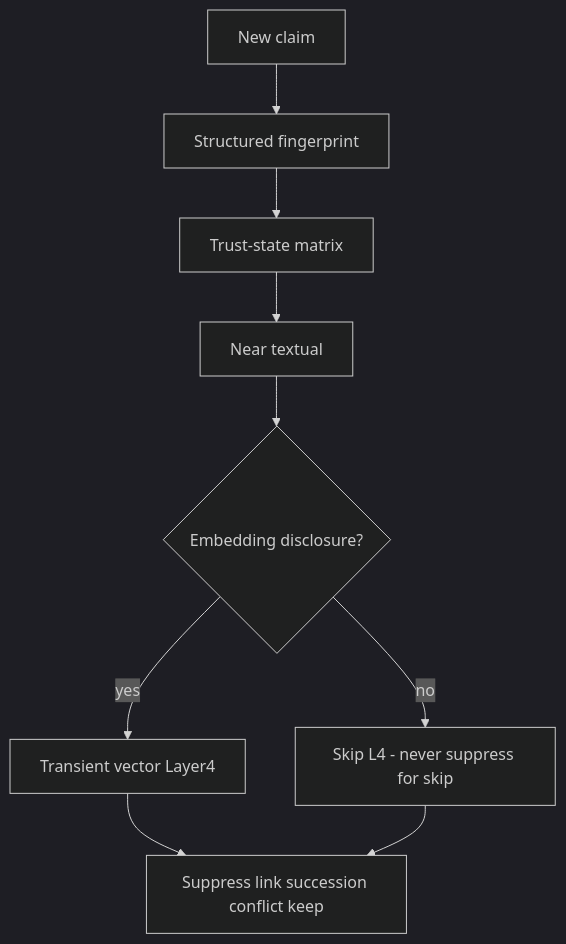
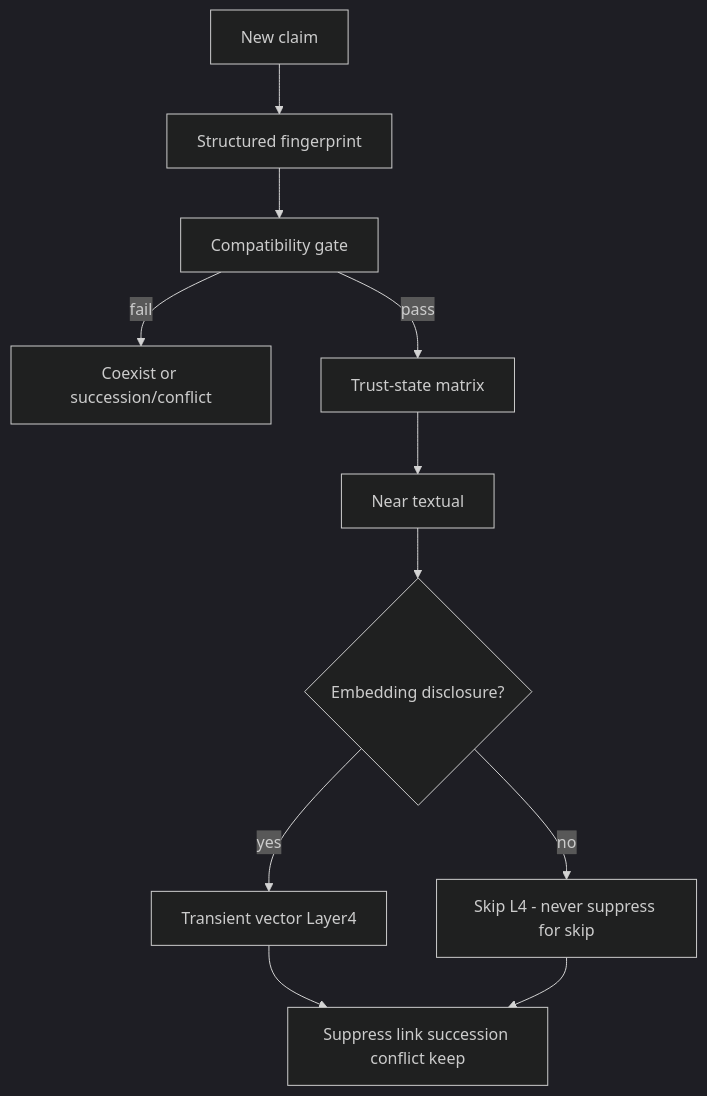
One commit to NicolVii/ContextVault changed the seventh of 12 diagrams in docs/memory-system/10-memory-processing-design.md. Above: the diagram before and after it, drawn with Mermaid (dark theme). The commit also changed other lines of this file, not shown here.

````diff
--- a/docs/memory-system/10-memory-processing-design.md
+++ b/docs/memory-system/10-memory-processing-design.md
@@ -1236,11 +2091,13 @@
 ```mermaid
 flowchart TD
   N[New claim] --> L2[Structured fingerprint]
-  L2 --> TM[Trust-state matrix]
+  L2 --> CG[Compatibility gate]
+  CG -->|fail| Keep[Coexist or succession/conflict]
+  CG -->|pass| TM[Trust-state matrix]
   TM --> L3[Near textual]
   L3 --> Emb{Embedding disclosure?}
   Emb -->|yes| L4[Transient vector Layer4]
   Emb -->|no| Skip[Skip L4 - never suppress for skip]
   L4 --> Out[Suppress link succession conflict keep]
   Skip --> Out
 ```
````
